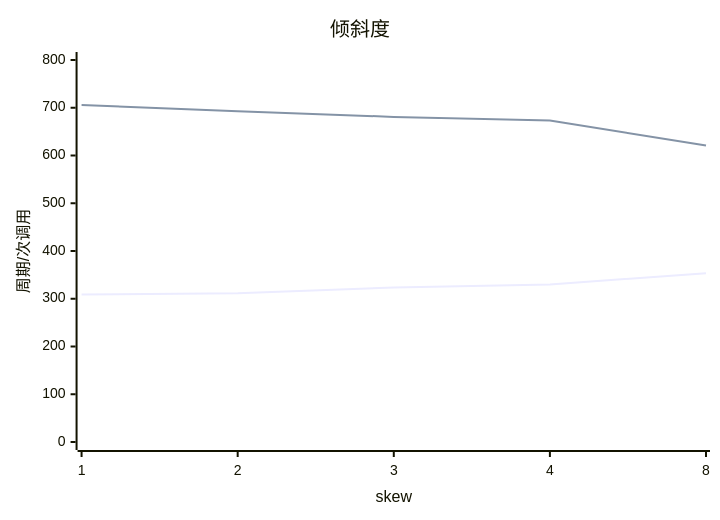
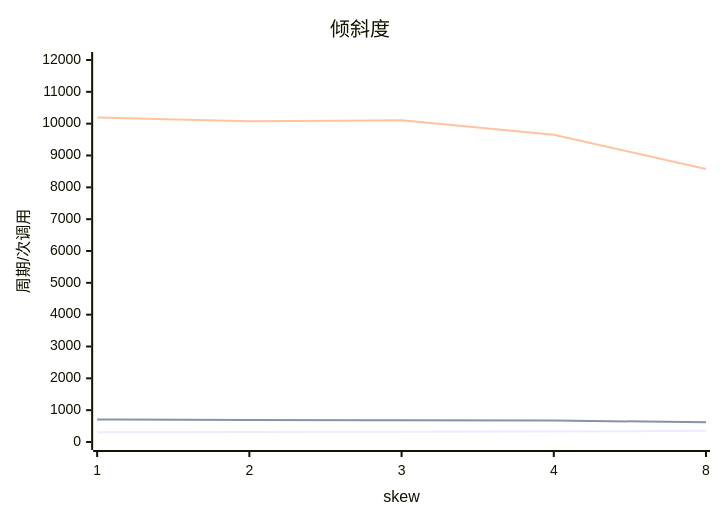
The fourth of 4 diagrams in docs/examples/h743-vs-rt1176.md (FASTSHIFT/cachecliff), drawn with Mermaid before and after one commit. The commit also changed other lines of this file and 3 other files, not shown here.

````diff
--- a/docs/examples/h743-vs-rt1176.md
+++ b/docs/examples/h743-vs-rt1176.md
@@ -104,8 +119,9 @@
 ```mermaid
 xychart-beta
     title "倾斜度"
     x-axis "skew" ["1", "2", "3", "4", "8"]
-    y-axis "周期/次调用" 0 --> 800
+    y-axis "周期/次调用" 0 --> 12000
     line [309.158, 311.265, 323.511, 329.967, 353.627]
     line [705.696, 692.838, 680.816, 673.246, 621.056]
+    line [10194.1, 10072.8, 10106, 9651.37, 8578.32]
 ```
````
